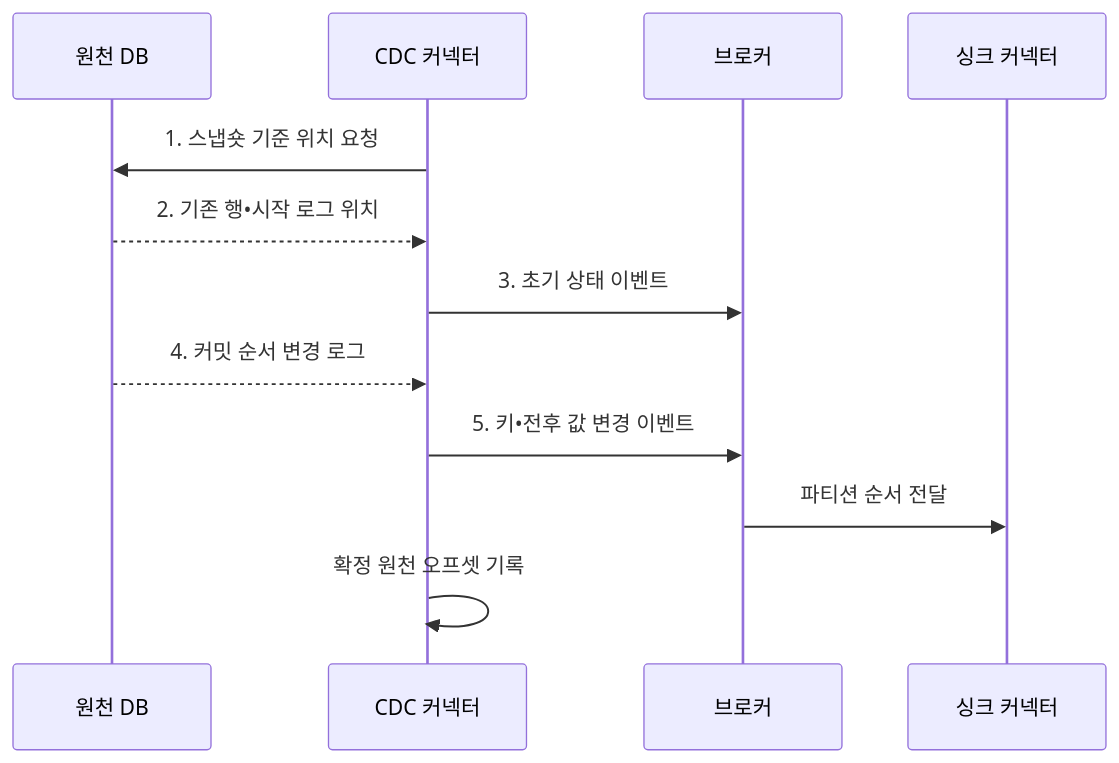
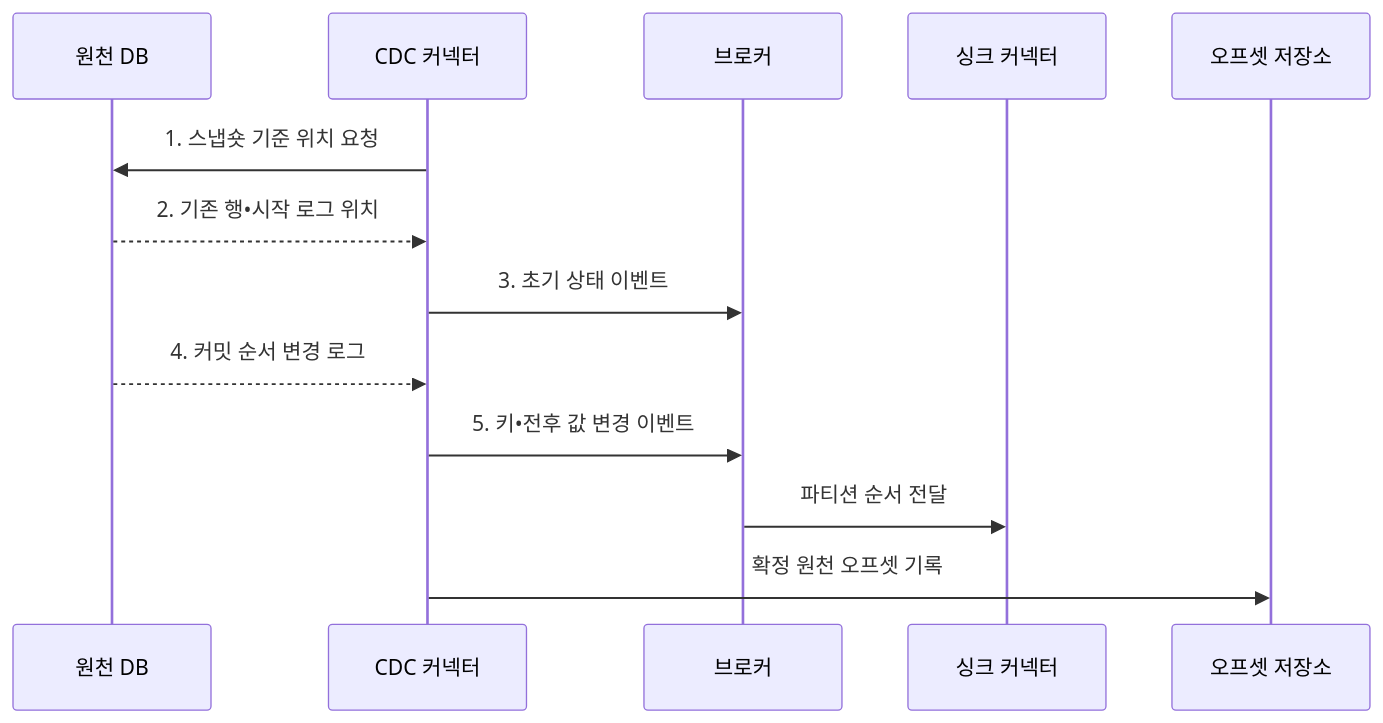
One commit to agnusdei1207/knowledge-base changed the second of 2 diagrams in src/content/docs/notes/03-software/123_change_data_capture.md. Above: the diagram before and after it, drawn with Mermaid. The commit also changed other lines of this file and 5 other files, not shown here.

````diff
--- a/src/content/docs/notes/03-software/123_change_data_capture.md
+++ b/src/content/docs/notes/03-software/123_change_data_capture.md
@@ -112,14 +112,15 @@
 ```mermaid
 sequenceDiagram
     participant D as 원천 DB
     participant C as CDC 커넥터
     participant B as 브로커
     participant S as 싱크 커넥터
+    participant O as 오프셋 저장소
     C->>D: 1. 스냅숏 기준 위치 요청
     D-->>C: 2. 기존 행•시작 로그 위치
     C->>B: 3. 초기 상태 이벤트
     D-->>C: 4. 커밋 순서 변경 로그
     C->>B: 5. 키•전후 값 변경 이벤트
     B->>S: 파티션 순서 전달
-    C->>C: 확정 원천 오프셋 기록
+    C->>O: 확정 원천 오프셋 기록
 ```
````
